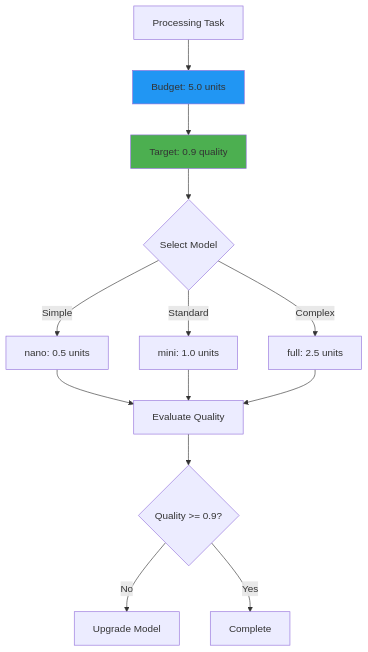
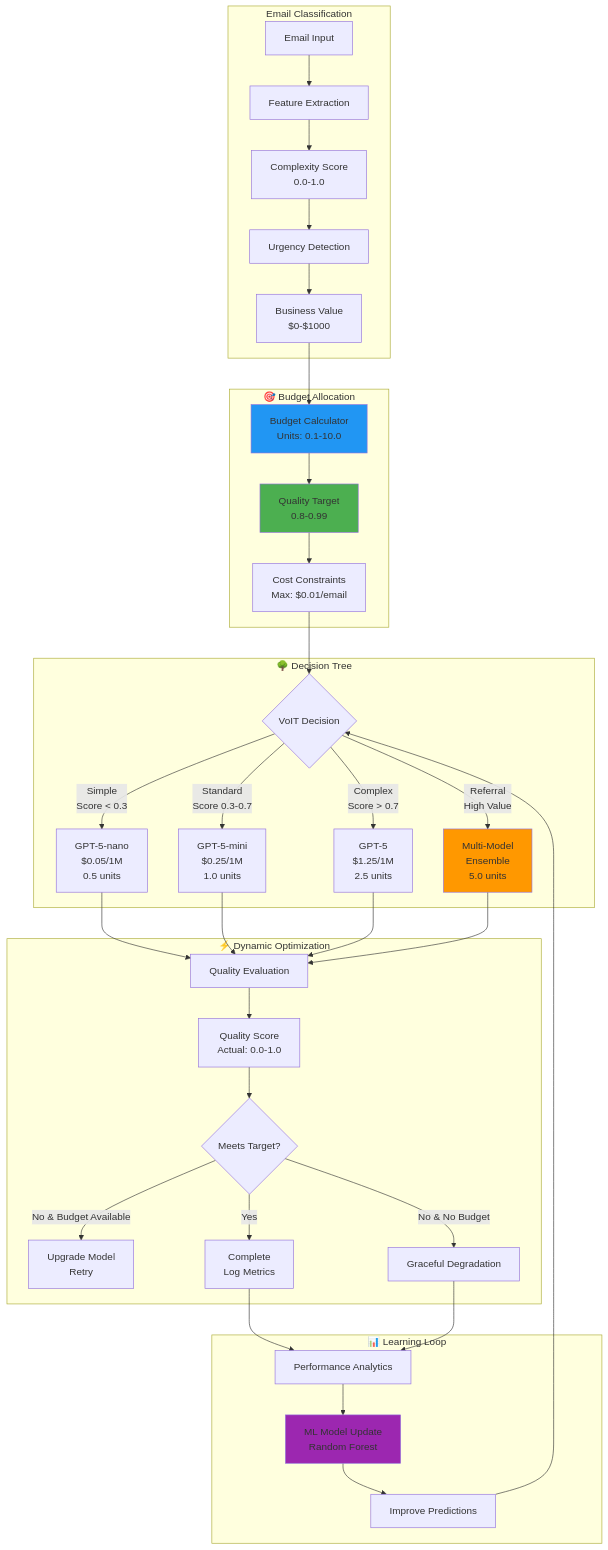
Before and after one commit to romiteld/ZohoDealCreation: the fifth of 12 diagrams in ARCHITECTURE.md, drawn with Mermaid. The commit also changed other lines of this file and 3 other files, not shown here.

First line of the commit message:
feat: Enhanced architecture documentation with complete Azure infrastructure

````diff
--- a/ARCHITECTURE.md
+++ b/ARCHITECTURE.md
@@ -172,19 +265,48 @@
 ```mermaid
 graph TD
-    TASK[Processing Task] --> BUDGET[Budget: 5.0 units]
-    BUDGET --> QUALITY[Target: 0.9 quality]
-    QUALITY --> SELECT{Select Model}
-    SELECT -->|Simple| NANO[nano: 0.5 units]
-    SELECT -->|Standard| MINI[mini: 1.0 units]
-    SELECT -->|Complex| FULL[full: 2.5 units]
+    subgraph "Email Classification"
+        EMAIL[Email Input] --> FEATURES[Feature Extraction]
+        FEATURES --> COMPLEXITY[Complexity Score<br/>0.0-1.0]
+        COMPLEXITY --> URGENCY[Urgency Detection]
+        URGENCY --> VALUE[Business Value<br/>$0-$1000]
+    end
     
-    NANO --> EVAL[Evaluate Quality]
-    MINI --> EVAL
-    FULL --> EVAL
-    EVAL --> ADJUST{Quality >= 0.9?}
-    ADJUST -->|No| UPGRADE[Upgrade Model]
-    ADJUST -->|Yes| COMPLETE[Complete]
+    subgraph "🎯 Budget Allocation"
+        VALUE --> BUDGET[Budget Calculator<br/>Units: 0.1-10.0]
+        BUDGET --> QUALITY[Quality Target<br/>0.8-0.99]
+        QUALITY --> CONSTRAINTS[Cost Constraints<br/>Max: $0.01/email]
+    end
+    
+    subgraph "🌳 Decision Tree"
+        CONSTRAINTS --> TREE{VoIT Decision}
+        TREE -->|Simple<br/>Score < 0.3| NANO[GPT-5-nano<br/>$0.05/1M<br/>0.5 units]
+        TREE -->|Standard<br/>Score 0.3-0.7| MINI[GPT-5-mini<br/>$0.25/1M<br/>1.0 units]
+        TREE -->|Complex<br/>Score > 0.7| FULL[GPT-5<br/>$1.25/1M<br/>2.5 units]
+        TREE -->|Referral<br/>High Value| MULTI[Multi-Model<br/>Ensemble<br/>5.0 units]
+    end
+    
+    subgraph "⚡ Dynamic Optimization"
+        NANO --> EVAL[Quality Evaluation]
+        MINI --> EVAL
+        FULL --> EVAL
+        MULTI --> EVAL
+        EVAL --> SCORE[Quality Score<br/>Actual: 0.0-1.0]
+        SCORE --> COMPARE{Meets Target?}
+        COMPARE -->|No & Budget Available| UPGRADE[Upgrade Model<br/>Retry]
+        COMPARE -->|No & No Budget| FALLBACK[Graceful Degradation]
+        COMPARE -->|Yes| SUCCESS[Complete<br/>Log Metrics]
+    end
+    
+    subgraph "📊 Learning Loop"
+        SUCCESS --> ANALYTICS[Performance Analytics]
+        FALLBACK --> ANALYTICS
+        ANALYTICS --> ML[ML Model Update<br/>Random Forest]
+        ML --> IMPROVE[Improve Predictions]
+        IMPROVE --> TREE
+    end
     
     style BUDGET fill:#2196F3
     style QUALITY fill:#4CAF50
+    style MULTI fill:#FF9800
+    style ML fill:#9C27B0
 ```
````
